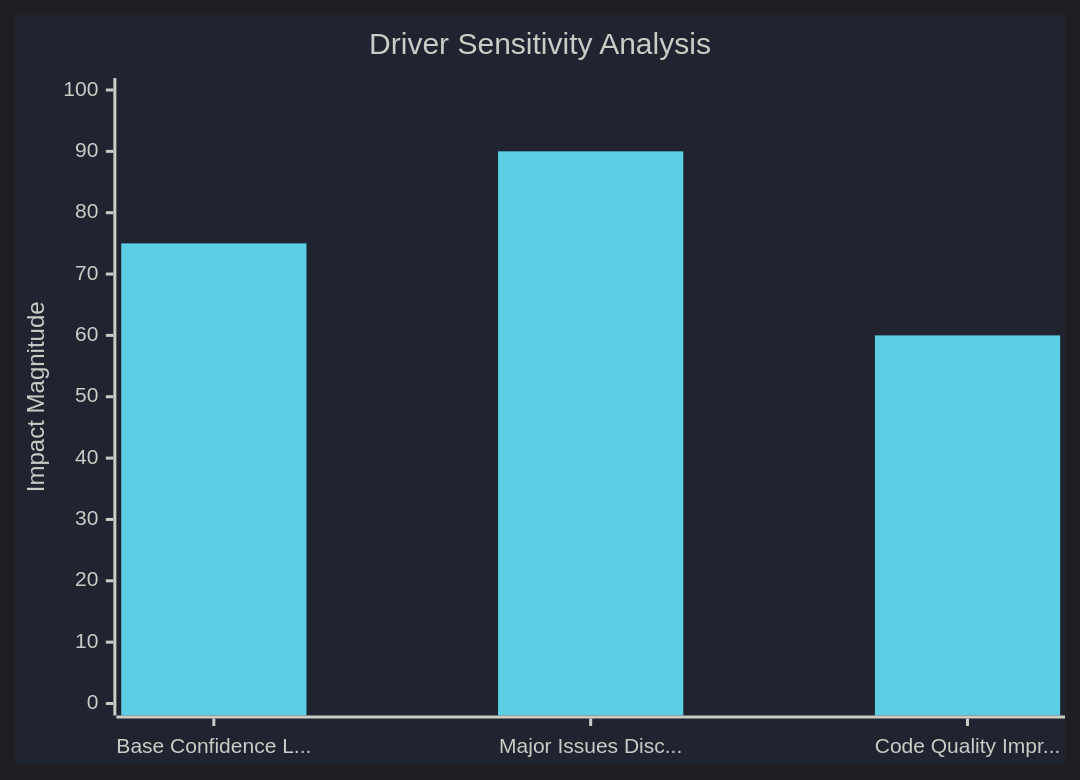
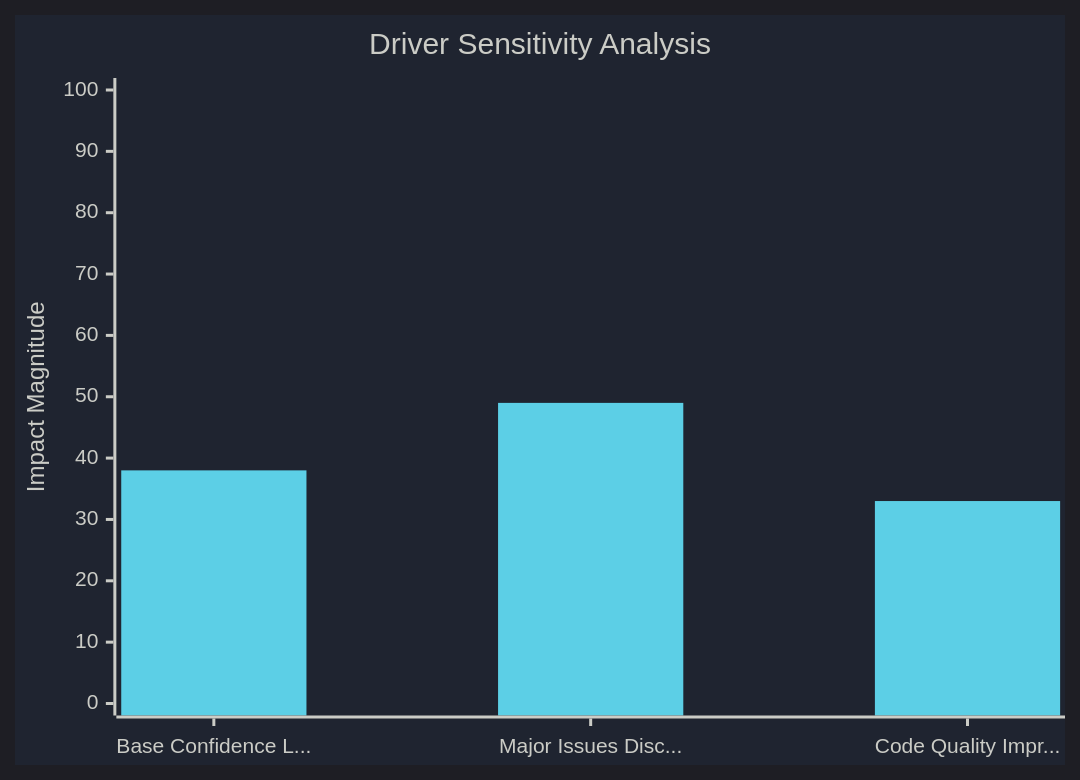
The diagram in results/prototype/charts/tornado.mmd (Replicant-Partners/fermi), drawn with Mermaid before and after one commit. The commit also changed 11 other files, not shown here.

First line of the commit message:
Implement real sensitivity analysis for meaningful charts

```diff
--- a/results/prototype/charts/tornado.mmd
+++ b/results/prototype/charts/tornado.mmd
@@ -1,35 +1,35 @@
 %%{
   init: {
     'theme': 'dark',
     'themeVariables': {
       'darkMode': 'true',
       'background': '#1F2430',
       'primaryColor': '#5CCFE6',
       'primaryTextColor': '#CBCCC6',
       'primaryBorderColor': '#5C6773',
       'lineColor': '#FFCC66',
       'secondaryColor': '#BAE67E',
       'tertiaryColor': '#FFAE57',
       'textColor': '#CBCCC6',
       'fontSize': '14px',
       'xyChart': {
         'backgroundColor': '#1F2430',
         'titleColor': '#CBCCC6',
         'xAxisLabelColor': '#CBCCC6',
         'xAxisTitleColor': '#CBCCC6',
         'xAxisTickColor': '#CBCCC6',
         'xAxisLineColor': '#CBCCC6',
         'yAxisLabelColor': '#CBCCC6',
         'yAxisTitleColor': '#CBCCC6',
         'yAxisTickColor': '#CBCCC6',
         'yAxisLineColor': '#CBCCC6',
         'plotColorPalette': '#5CCFE6, #BAE67E, #FFCC66, #FFAE57'
       }
     }
   }
 }%%
 xychart-beta
   title "Driver Sensitivity Analysis"
   x-axis ["Base Confidence L...", "Major Issues Disc...", "Code Quality Impr..."]
   y-axis "Impact Magnitude" 0 --> 100
-  bar [75, 90, 60]
+  bar [38, 49, 33]
```
